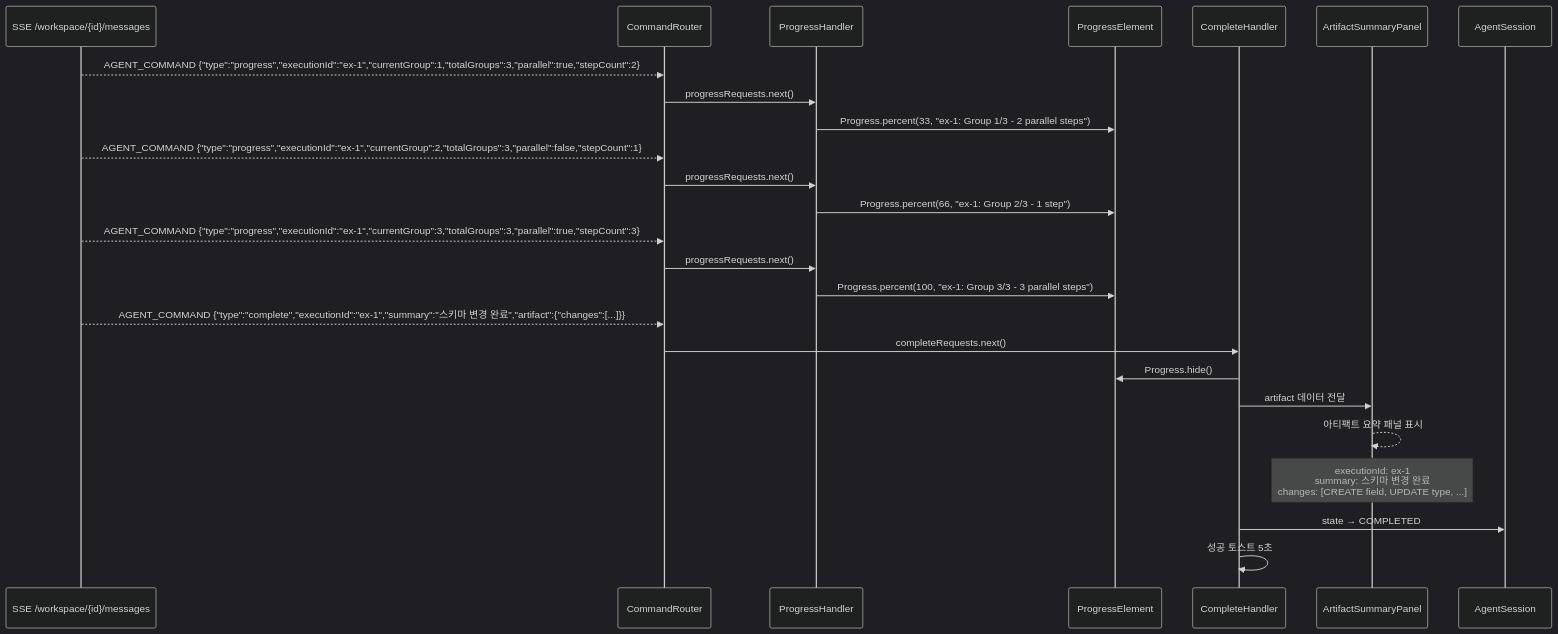
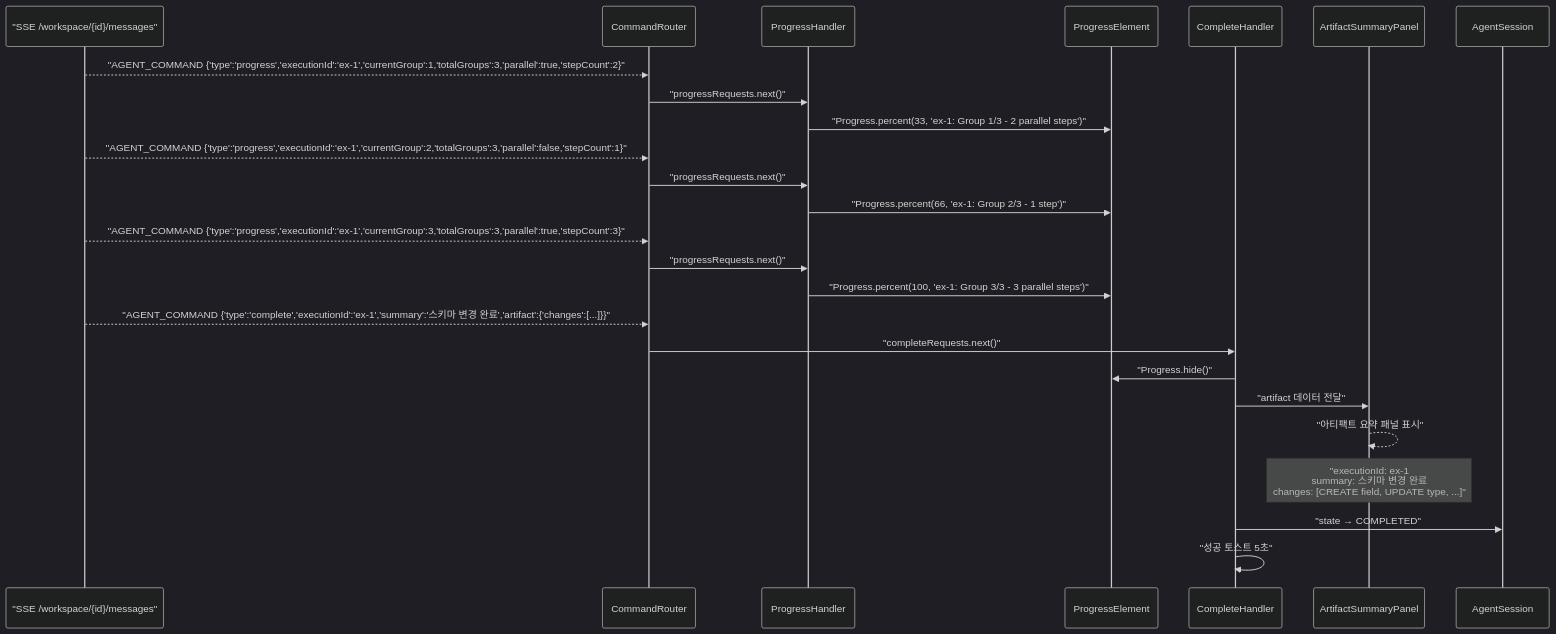
One commit to sayaya1090/handbook changed the fourth of 6 diagrams in agent-ui/USECASE.md. Above: the diagram before and after it, drawn with Mermaid (dark theme). The commit also changed other lines of this file and 22 other files, not shown here.

First line of the commit message:
docs: Mermaid 다이어그램 렌더링 오류 수정을 위한 구문 전수 교정

````diff
--- a/agent-ui/USECASE.md
+++ b/agent-ui/USECASE.md
@@ -170,31 +170,31 @@
 ```mermaid
 sequenceDiagram
-    participant SSE as SSE /workspace/{id}/messages
+    participant SSE as "SSE /workspace/{id}/messages"
     participant Router as CommandRouter
     participant PH as ProgressHandler
     participant PE as ProgressElement
     participant CH as CompleteHandler
     participant AP as ArtifactSummaryPanel
     participant Session as AgentSession
 
-    SSE-->>Router: AGENT_COMMAND {"type":"progress","executionId":"ex-1","currentGroup":1,"totalGroups":3,"parallel":true,"stepCount":2}
-    Router->>PH: progressRequests.next()
-    PH->>PE: Progress.percent(33, "ex-1: Group 1/3 - 2 parallel steps")
+    SSE-->>Router: "AGENT_COMMAND {'type':'progress','executionId':'ex-1','currentGroup':1,'totalGroups':3,'parallel':true,'stepCount':2}"
+    Router->>PH: "progressRequests.next()"
+    PH->>PE: "Progress.percent(33, 'ex-1: Group 1/3 - 2 parallel steps')"
 
-    SSE-->>Router: AGENT_COMMAND {"type":"progress","executionId":"ex-1","currentGroup":2,"totalGroups":3,"parallel":false,"stepCount":1}
-    Router->>PH: progressRequests.next()
-    PH->>PE: Progress.percent(66, "ex-1: Group 2/3 - 1 step")
+    SSE-->>Router: "AGENT_COMMAND {'type':'progress','executionId':'ex-1','currentGroup':2,'totalGroups':3,'parallel':false,'stepCount':1}"
+    Router->>PH: "progressRequests.next()"
+    PH->>PE: "Progress.percent(66, 'ex-1: Group 2/3 - 1 step')"
 
-    SSE-->>Router: AGENT_COMMAND {"type":"progress","executionId":"ex-1","currentGroup":3,"totalGroups":3,"parallel":true,"stepCount":3}
-    Router->>PH: progressRequests.next()
-    PH->>PE: Progress.percent(100, "ex-1: Group 3/3 - 3 parallel steps")
+    SSE-->>Router: "AGENT_COMMAND {'type':'progress','executionId':'ex-1','currentGroup':3,'totalGroups':3,'parallel':true,'stepCount':3}"
+    Router->>PH: "progressRequests.next()"
+    PH->>PE: "Progress.percent(100, 'ex-1: Group 3/3 - 3 parallel steps')"
 
-    SSE-->>Router: AGENT_COMMAND {"type":"complete","executionId":"ex-1","summary":"스키마 변경 완료","artifact":{"changes":[...]}}
-    Router->>CH: completeRequests.next()
-    CH->>PE: Progress.hide()
-    CH->>AP: artifact 데이터 전달
-    AP-->>AP: 아티팩트 요약 패널 표시
-    Note over AP: executionId: ex-1<br/>summary: 스키마 변경 완료<br/>changes: [CREATE field, UPDATE type, ...]
-    CH->>Session: state → COMPLETED
-    CH->>CH: 성공 토스트 5초
+    SSE-->>Router: "AGENT_COMMAND {'type':'complete','executionId':'ex-1','summary':'스키마 변경 완료','artifact':{'changes':[...]}}"
+    Router->>CH: "completeRequests.next()"
+    CH->>PE: "Progress.hide()"
+    CH->>AP: "artifact 데이터 전달"
+    AP-->>AP: "아티팩트 요약 패널 표시"
+    Note over AP: "executionId: ex-1<br/>summary: 스키마 변경 완료<br/>changes: [CREATE field, UPDATE type, ...]"
+    CH->>Session: "state → COMPLETED"
+    CH->>CH: "성공 토스트 5초"
 ```
````
